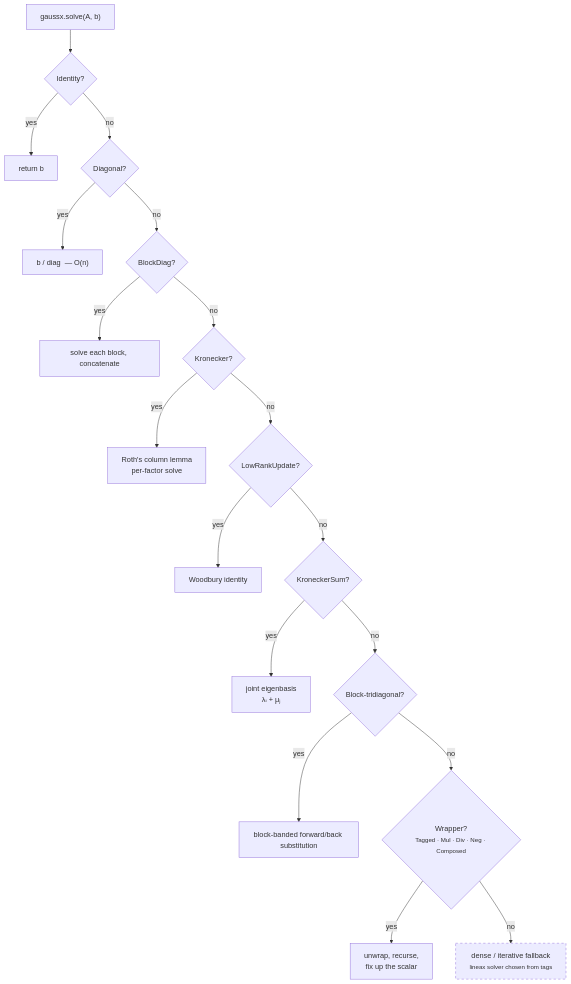
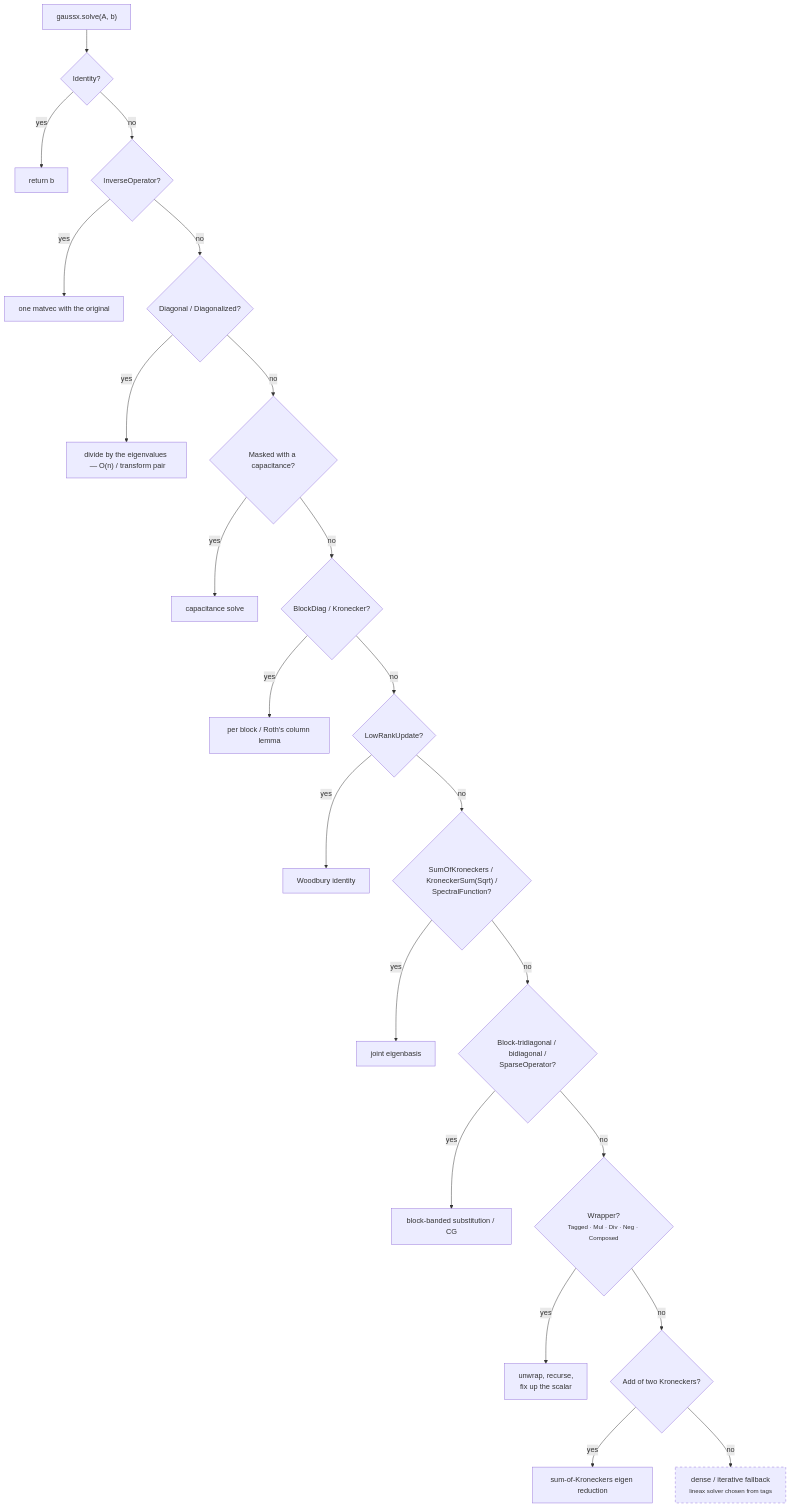
Before and after one commit to jejjohnson/gaussx: the second of 7 diagrams in docs/architecture.md, drawn with Mermaid. The commit also changed other lines of this file and 1 other file, not shown here.

First line of the commit message:
docs(architecture): regenerate the operator × primitive table and test it against dispatch (#636)

````diff
--- a/docs/architecture.md
+++ b/docs/architecture.md
@@ -104,22 +104,26 @@
 ```mermaid
 flowchart TD
     A["gaussx.solve(A, b)"] --> ID{"Identity?"}
     ID -- yes --> RID["return b"]
-    ID -- no --> DG{"Diagonal?"}
-    DG -- yes --> RDG["b / diag &nbsp;— O(n)"]
-    DG -- no --> BD{"BlockDiag?"}
-    BD -- yes --> RBD["solve each block, concatenate"]
-    BD -- no --> KR{"Kronecker?"}
-    KR -- yes --> RKR["Roth's column lemma<br/>per-factor solve"]
-    KR -- no --> LR{"LowRankUpdate?"}
+    ID -- no --> IV{"InverseOperator?"}
+    IV -- yes --> RIV["one matvec with the original"]
+    IV -- no --> DG{"Diagonal / Diagonalized?"}
+    DG -- yes --> RDG["divide by the eigenvalues &nbsp;— O(n) / transform pair"]
+    DG -- no --> MK{"Masked with a capacitance?"}
+    MK -- yes --> RMK["capacitance solve"]
+    MK -- no --> BD{"BlockDiag / Kronecker?"}
+    BD -- yes --> RBD["per block / Roth's column lemma"]
+    BD -- no --> LR{"LowRankUpdate?"}
     LR -- yes --> RLR["Woodbury identity"]
-    LR -- no --> KS{"KroneckerSum?"}
-    KS -- yes --> RKS["joint eigenbasis<br/>λᵢ + μⱼ"]
-    KS -- no --> BT{"Block-tridiagonal?"}
-    BT -- yes --> RBT["block-banded forward/back substitution"]
+    LR -- no --> KS{"SumOfKroneckers / KroneckerSum(Sqrt) /<br/>SpectralFunction?"}
+    KS -- yes --> RKS["joint eigenbasis"]
+    KS -- no --> BT{"Block-tridiagonal / bidiagonal /<br/>SparseOperator?"}
+    BT -- yes --> RBT["block-banded substitution / CG"]
     BT -- no --> WR{"Wrapper?<br/><small>Tagged · Mul · Div · Neg · Composed</small>"}
     WR -- yes --> RWR["unwrap, recurse,<br/>fix up the scalar"]
-    WR -- no --> FB["dense / iterative fallback<br/><small>lineax solver chosen from tags</small>"]
+    WR -- no --> AD{"Add of two Kroneckers?"}
+    AD -- yes --> RAD["sum-of-Kroneckers eigen reduction"]
+    AD -- no --> FB["dense / iterative fallback<br/><small>lineax solver chosen from tags</small>"]
 
     style FB stroke-dasharray: 5 5
 ```
````
